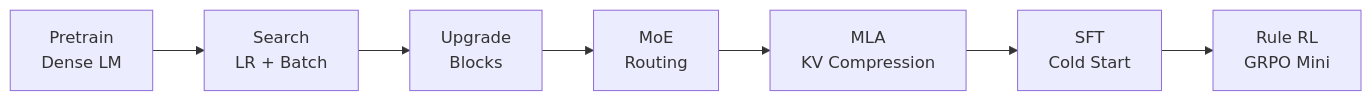
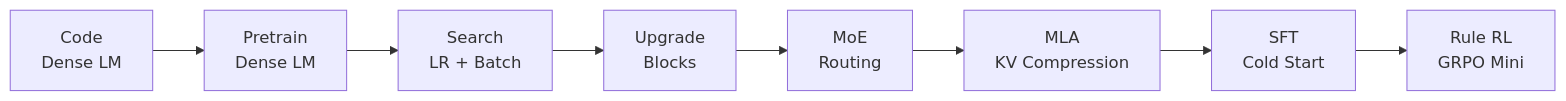
Before and after one commit to legend91019/TinySeek-Lab: the diagram in docs/README.md, drawn with Mermaid. The commit also changed other lines of this file and 8 other files, not shown here.

Commit message:
Add code-first dense LM tutorial path

````diff
--- a/docs/README.md
+++ b/docs/README.md
@@ -26,9 +27,10 @@
 ```mermaid
 flowchart LR
-  P["Pretrain<br/>Dense LM"] --> S["Search<br/>LR + Batch"]
+  C["Code<br/>Dense LM"] --> P["Pretrain<br/>Dense LM"]
+  P --> S["Search<br/>LR + Batch"]
   S --> U["Upgrade<br/>Blocks"]
   U --> M["MoE<br/>Routing"]
   M --> A["MLA<br/>KV Compression"]
   A --> F["SFT<br/>Cold Start"]
   F --> R["Rule RL<br/>GRPO Mini"]
 ```
````
